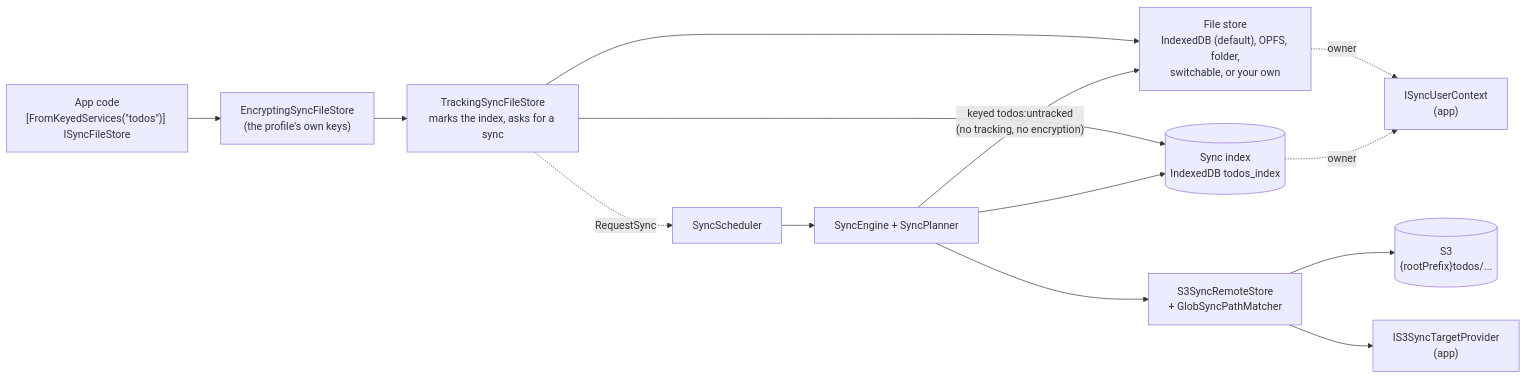
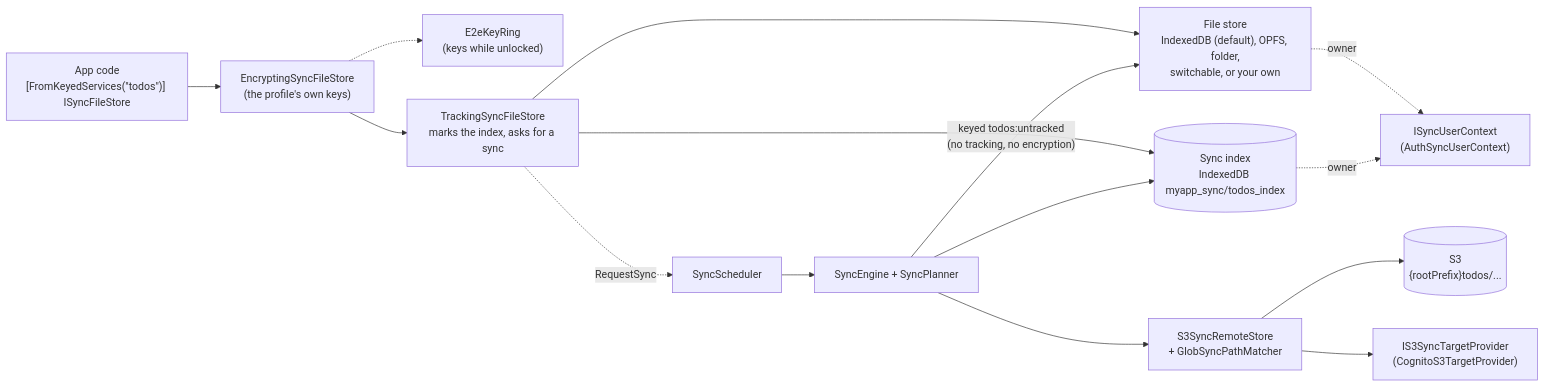
Before and after one commit to devoctomy/blazwiz: the first of 4 diagrams in docs/diagrams/sync-framework.md, drawn with Mermaid. The commit also changed other lines of this file and 9 other files, not shown here.

First line of the commit message:
chore: update to documents / diagrams and agents (#17)

````diff
--- a/docs/diagrams/sync-framework.md
+++ b/docs/diagrams/sync-framework.md
@@ -115,25 +134,27 @@
 ```mermaid
 flowchart LR
     App["App code<br/>[FromKeyedServices(&quot;todos&quot;)] ISyncFileStore"]
     Enc["EncryptingSyncFileStore<br/>(the profile's own keys)"]
+    Ring["E2eKeyRing<br/>(keys while unlocked)"]
     Track["TrackingSyncFileStore<br/>marks the index, asks for a sync"]
     Store["File store<br/>IndexedDB (default), OPFS, folder,<br/>switchable, or your own"]
-    Index[("Sync index<br/>IndexedDB todos_index")]
+    Index[("Sync index<br/>IndexedDB myapp_sync/todos_index")]
     Sched["SyncScheduler"]
     Engine["SyncEngine + SyncPlanner"]
     Remote["S3SyncRemoteStore<br/>+ GlobSyncPathMatcher"]
     S3[("S3<br/>{rootPrefix}todos/...")]
-    Target["IS3SyncTargetProvider<br/>(app)"]
-    User["ISyncUserContext<br/>(app)"]
+    Target["IS3SyncTargetProvider<br/>(CognitoS3TargetProvider)"]
+    User["ISyncUserContext<br/>(AuthSyncUserContext)"]
 
     App --> Enc --> Track --> Store
+    Enc -.-> Ring
     Track --> Index
     Track -. RequestSync .-> Sched
     Sched --> Engine
     Engine -- "keyed todos:untracked<br/>(no tracking, no encryption)" --> Store
     Engine --> Index
     Engine --> Remote --> S3
     Remote --> Target
     Store -. owner .-> User
     Index -. owner .-> User
 ```
````
